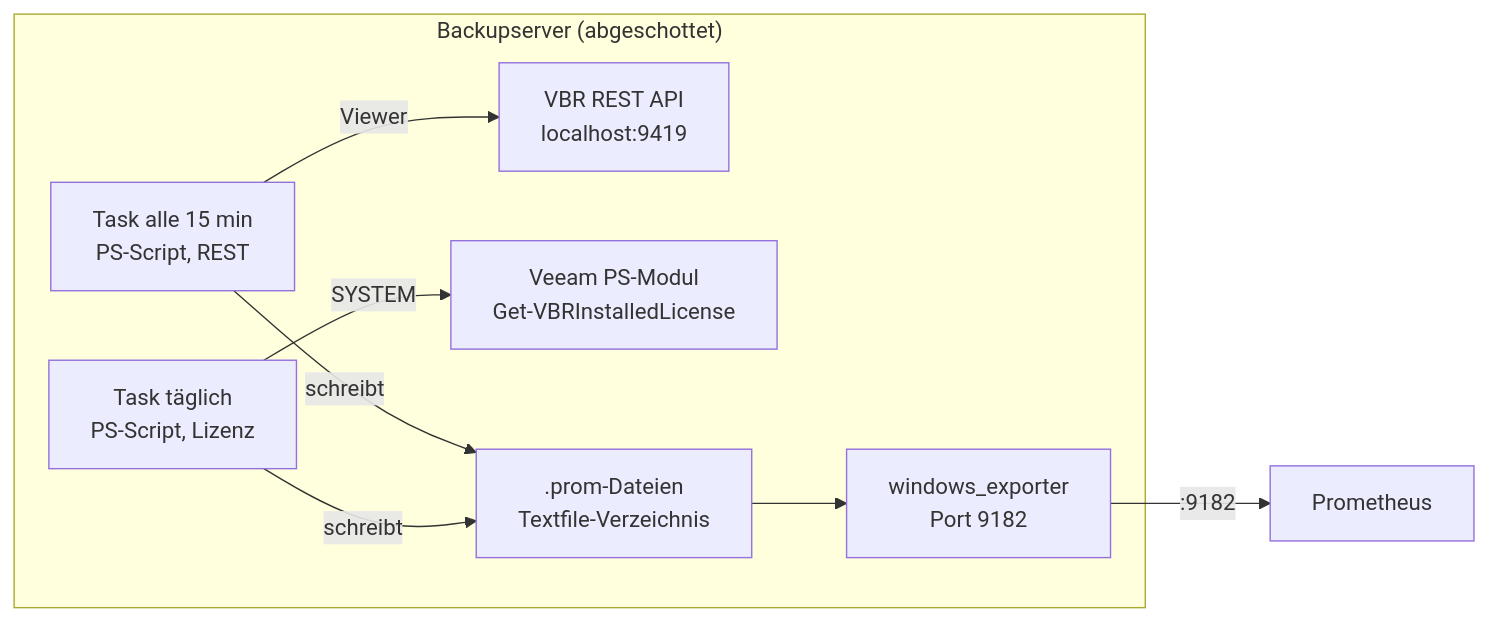
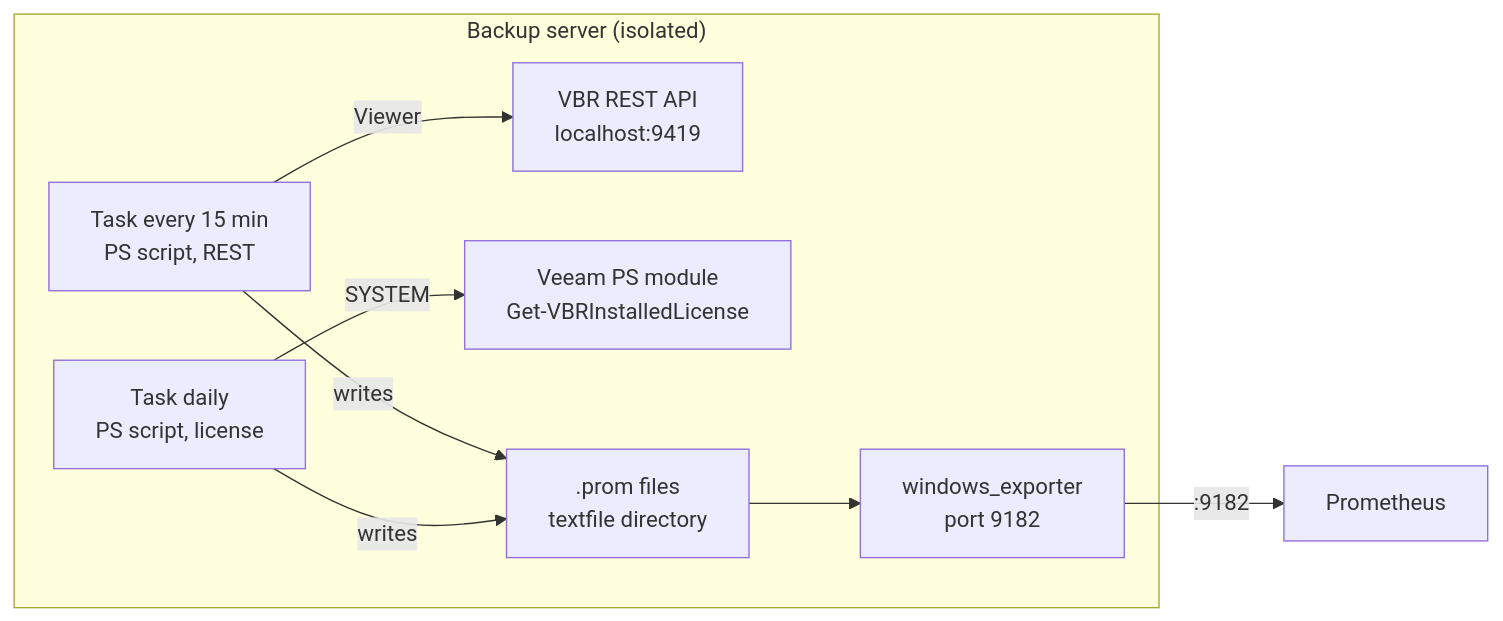
One commit to domimeister/vbr-textfile-exporter changed the diagram in docs/metrics.md. Above: the diagram before and after it, drawn with Mermaid. The commit also changed other lines of this file and 47 other files, not shown here.

````diff
--- a/docs/metrics.md
+++ b/docs/metrics.md
@@ -21,11 +21,11 @@
 ```mermaid
 flowchart LR
-  subgraph VBR["Backupserver (abgeschottet)"]
-    T1["Task alle 15 min<br/>PS-Script, REST"] -->|Viewer| API["VBR REST API<br/>localhost:9419"]
-    T2["Task täglich<br/>PS-Script, Lizenz"] -->|SYSTEM| PSM["Veeam PS-Modul<br/>Get-VBRInstalledLicense"]
-    T1 -->|schreibt| F[".prom-Dateien<br/>Textfile-Verzeichnis"]
-    T2 -->|schreibt| F
-    F --> WE["windows_exporter<br/>Port 9182"]
+  subgraph VBR["Backup server (isolated)"]
+    T1["Task every 15 min<br/>PS script, REST"] -->|Viewer| API["VBR REST API<br/>localhost:9419"]
+    T2["Task daily<br/>PS script, license"] -->|SYSTEM| PSM["Veeam PS module<br/>Get-VBRInstalledLicense"]
+    T1 -->|writes| F[".prom files<br/>textfile directory"]
+    T2 -->|writes| F
+    F --> WE["windows_exporter<br/>port 9182"]
   end
   WE -->|":9182"| P["Prometheus"]
 ```
````
